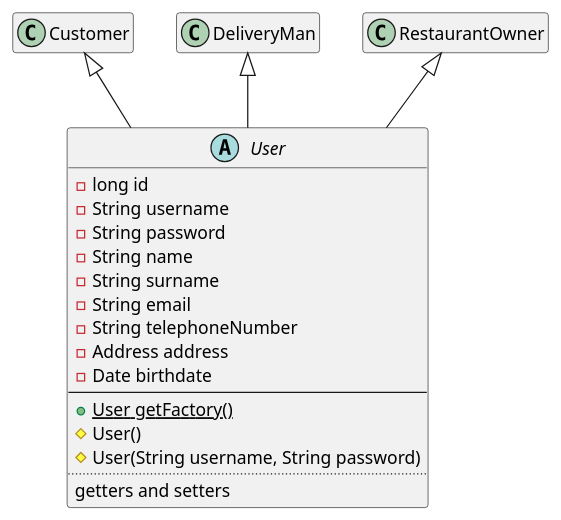
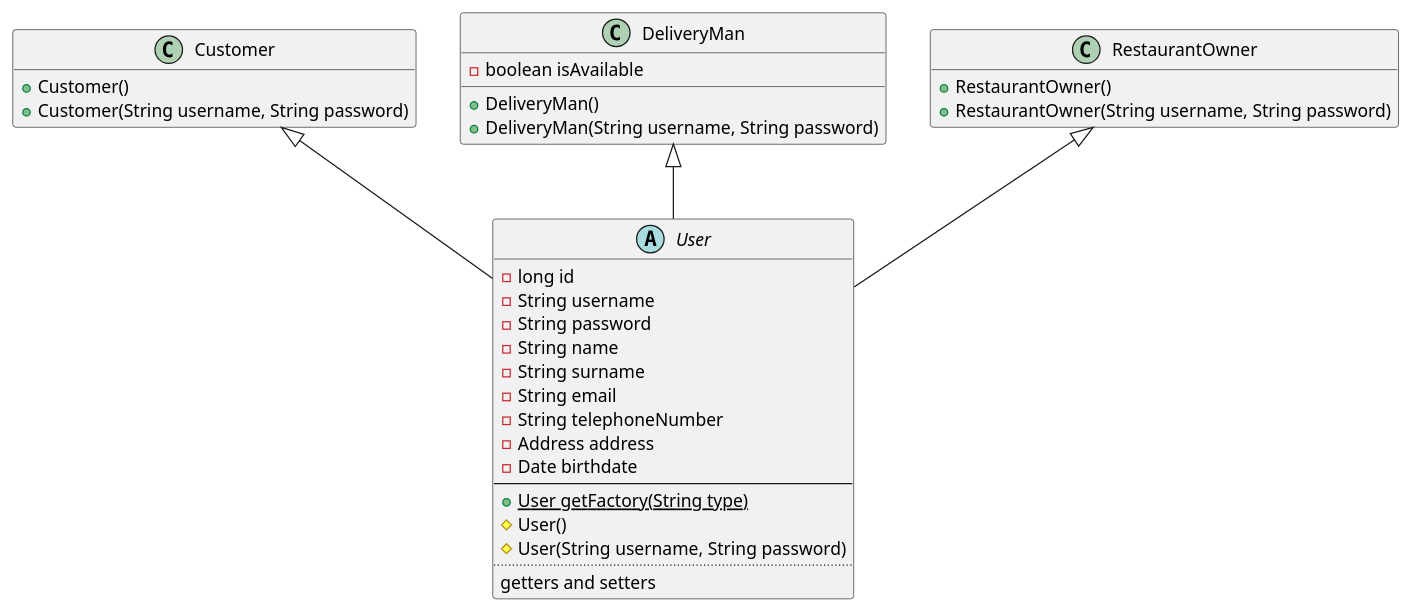
Before and after one commit to TommasoScalici/FoodDelivery: the diagram in src/main/java/unipa/fooddelivery/diagrams/class/user.wsd, drawn with PlantUML.

Commit message:
User diagram completed.

```diff
--- a/src/main/java/unipa/fooddelivery/diagrams/class/user.wsd
+++ b/src/main/java/unipa/fooddelivery/diagrams/class/user.wsd
@@ -1,40 +1,43 @@
 @startuml user
 abstract class User {
   -long id
   -String username
   -String password
   -String name
   -String surname
   -String email
   -String telephoneNumber
   -Address address
   -Date birthdate
   --
-  +User {static} getFactory()
+  +User {static} getFactory(String type)
   #User()
   #User(String username, String password)
   ..
   getters and setters
 }
 
 class Customer {
+    +Customer()
+    +Customer(String username, String password)
 }
 
 class DeliveryMan {
+    -boolean isAvailable
+    +DeliveryMan()
+    +DeliveryMan(String username, String password)
 }
 
 class RestaurantOwner {
+    +RestaurantOwner()
+    +RestaurantOwner(String username, String password)
 }
 
 hide Customer fields
-hide Customer methods
-hide DeliveryMan fields
-hide DeliveryMan methods
 hide RestaurantOwner fields
-hide RestaurantOwner methods
 
 Customer <|-- User
 DeliveryMan <|-- User
 RestaurantOwner <|-- User
 
 @enduml
```
